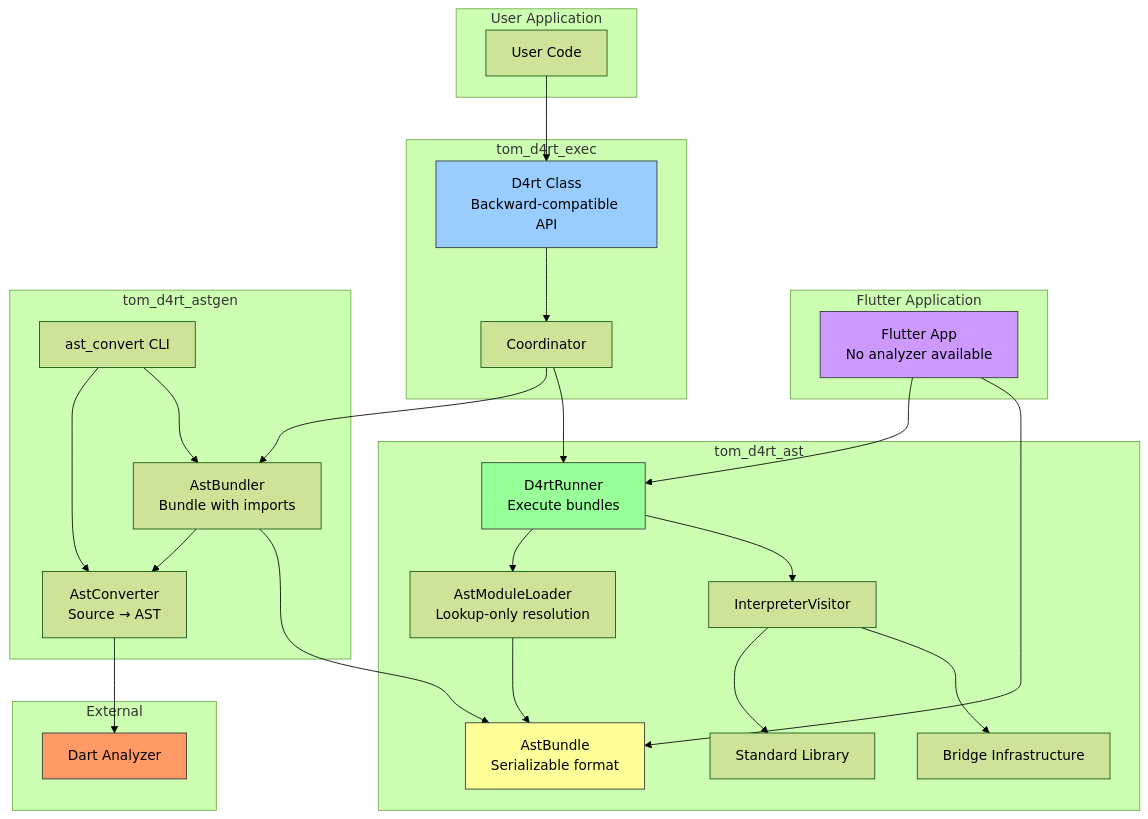
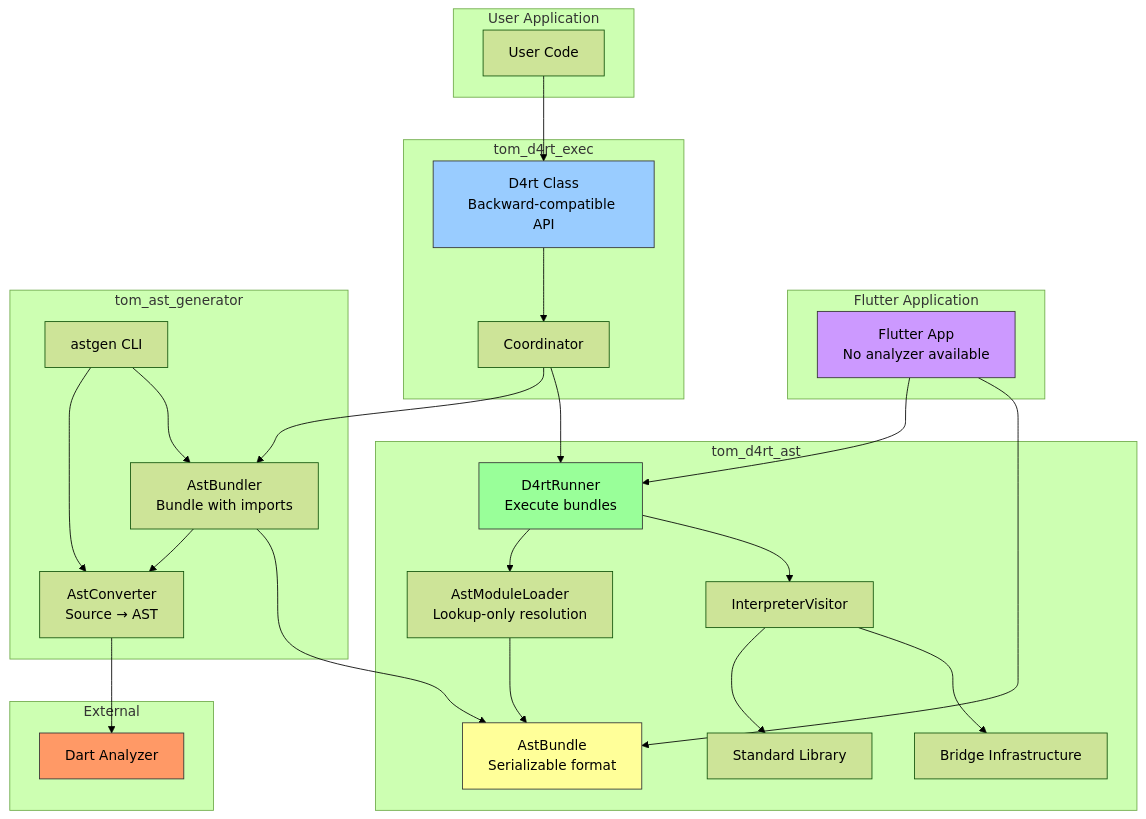
Before and after one commit to al-the-bear/tom_d4rt: the first of 3 diagrams in tom_d4rt_ast/doc/d4rt_ast_architecture_design.md, drawn with Mermaid (forest theme). The commit also changed other lines of this file and 5 other files, not shown here.

First line of the commit message:
docs(d4rt): no document sends a reader to the dead tom_d4rt_astgen package (sce215)

````diff
--- a/tom_d4rt_ast/doc/d4rt_ast_architecture_design.md
+++ b/tom_d4rt_ast/doc/d4rt_ast_architecture_design.md
@@ -26,57 +41,57 @@
 ```mermaid
 graph TB
     subgraph "User Application"
         APP[User Code]
     end
     
     subgraph "Flutter Application"
         FAPP[Flutter App<br/>No analyzer available]
     end
     
     subgraph "tom_d4rt_exec"
         D4RT[D4rt Class<br/>Backward-compatible API]
         COORD[Coordinator]
     end
     
-    subgraph "tom_d4rt_astgen"
+    subgraph "tom_ast_generator"
         CONV[AstConverter<br/>Source → AST]
         BUND[AstBundler<br/>Bundle with imports]
-        CLI[ast_convert CLI]
+        CLI[astgen CLI]
     end
     
     subgraph "tom_d4rt_ast"
         RUNNER[D4rtRunner<br/>Execute bundles]
         BUNDLE[AstBundle<br/>Serializable format]
         LOADER[AstModuleLoader<br/>Lookup-only resolution]
         INTERP[InterpreterVisitor]
         STDLIB[Standard Library]
         BRIDGE[Bridge Infrastructure]
     end
     
     subgraph "External"
         ANALYZER[Dart Analyzer]
     end
     
     APP --> D4RT
     FAPP --> RUNNER
     FAPP --> BUNDLE
     D4RT --> COORD
     COORD --> BUND
     COORD --> RUNNER
     BUND --> CONV
     CONV --> ANALYZER
     BUND --> BUNDLE
     RUNNER --> LOADER
     RUNNER --> INTERP
     LOADER --> BUNDLE
     INTERP --> STDLIB
     INTERP --> BRIDGE
     CLI --> CONV
     CLI --> BUND
     
     style ANALYZER fill:#f96,stroke:#333
     style D4RT fill:#9cf,stroke:#333
     style RUNNER fill:#9f9,stroke:#333
     style BUNDLE fill:#ff9,stroke:#333
     style FAPP fill:#c9f,stroke:#333
 ```
````
